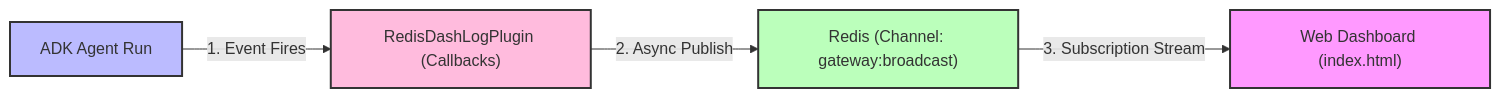
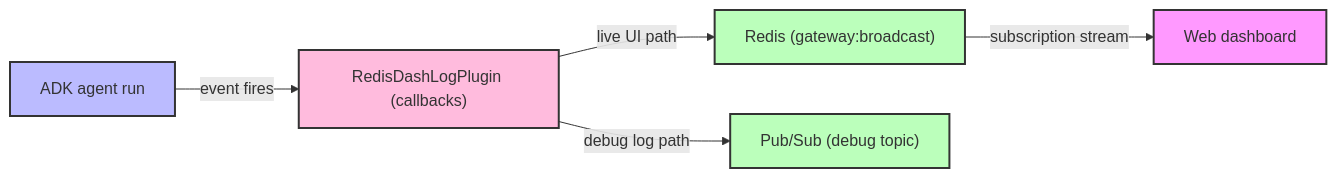
One commit to GoogleCloudPlatform/race-condition changed the second of 2 diagrams in docs/architecture/agent_architecture.md. Above: the diagram before and after it, drawn with Mermaid. The commit also changed other lines of this file and 24 other files, not shown here.

````diff
--- a/docs/architecture/agent_architecture.md
+++ b/docs/architecture/agent_architecture.md
@@ -72,16 +85,18 @@
 ```mermaid
 graph LR
     classDef agent fill:#bbf,stroke:#333,stroke-width:2px;
     classDef plugin fill:#fbd,stroke:#333,stroke-width:2px;
     classDef redis fill:#bfb,stroke:#333,stroke-width:2px;
     classDef ui fill:#f9f,stroke:#333,stroke-width:2px;
 
-    Agent["ADK Agent Run"]:::agent
-    Plugin["RedisDashLogPlugin (Callbacks)"]:::plugin
-    Redis["Redis (Channel: gateway:broadcast)"]:::redis
-    Visualizer["Web Dashboard (index.html)"]:::ui
+    Agent["ADK agent run"]:::agent
+    Plugin["RedisDashLogPlugin (callbacks)"]:::plugin
+    Redis["Redis (gateway:broadcast)"]:::redis
+    PubSub["Pub/Sub (debug topic)"]:::redis
+    Visualizer["Web dashboard"]:::ui
 
-    Agent -->|1. Event Fires| Plugin
-    Plugin -->|2. Async Publish| Redis
-    Redis -->|3. Subscription Stream| Visualizer
+    Agent -->|event fires| Plugin
+    Plugin -->|live UI path| Redis
+    Plugin -->|debug log path| PubSub
+    Redis -->|subscription stream| Visualizer
 ```
````
